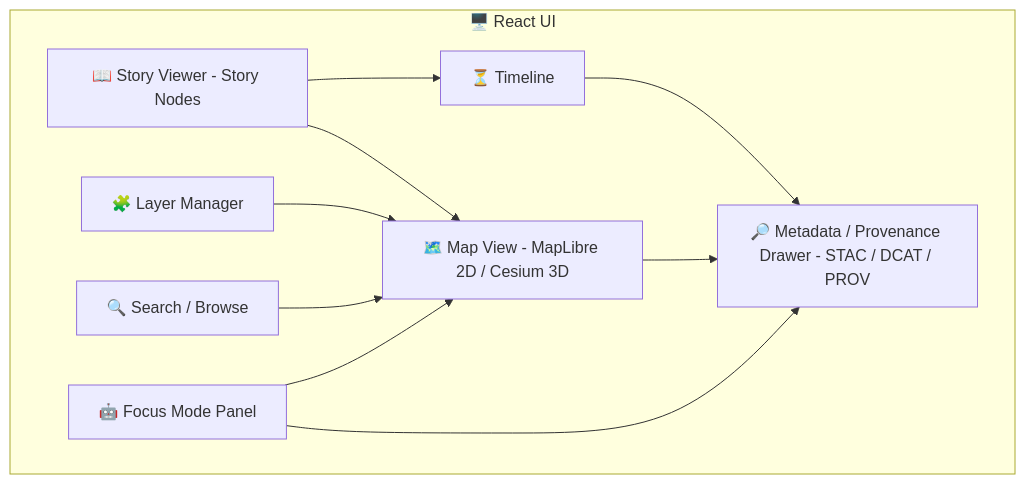
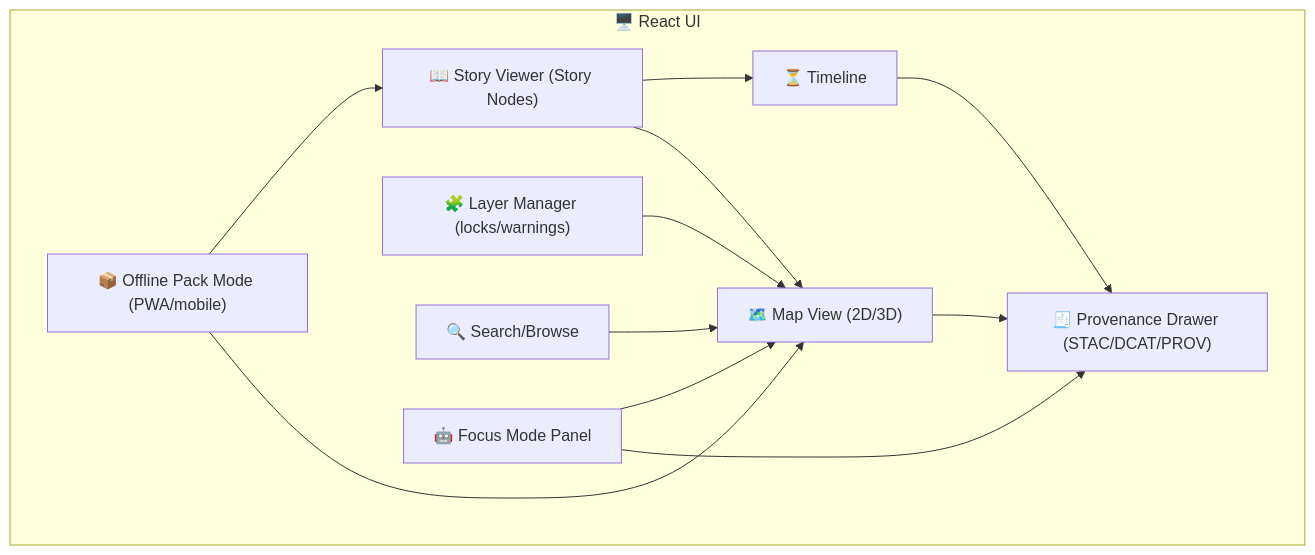
The ninth of 13 diagrams in docs/architecture/diagrams/README.md (bartytime4life/Kansas-Frontier-Matrix), drawn with Mermaid before and after one commit. The commit also changed other lines of this file, not shown here.

````diff
--- a/docs/architecture/diagrams/README.md
+++ b/docs/architecture/diagrams/README.md
@@ -407,21 +548,27 @@
 ```mermaid
 flowchart TB
   subgraph UI["🖥️ React UI"]
-    MAP["🗺️ Map View - MapLibre 2D / Cesium 3D"];
-    TIME["⏳ Timeline"];
-    STORY["📖 Story Viewer - Story Nodes"];
-    FOCUS["🤖 Focus Mode Panel"];
-    META["🔎 Metadata / Provenance Drawer - STAC / DCAT / PROV"];
-    LAYERS["🧩 Layer Manager"];
-    SEARCH["🔍 Search / Browse"];
+    MAP["🗺️ Map View (2D/3D)"]
+    TIME["⏳ Timeline"]
+    STORY["📖 Story Viewer (Story Nodes)"]
+    FOCUS["🤖 Focus Mode Panel"]
+    META["🧾 Provenance Drawer (STAC/DCAT/PROV)"]
+    LAYERS["🧩 Layer Manager (locks/warnings)"]
+    SEARCH["🔍 Search/Browse"]
+    OFF["📦 Offline Pack Mode (PWA/mobile)"]
   end
 
-  STORY --> MAP;
-  STORY --> TIME;
-  LAYERS --> MAP;
-  SEARCH --> MAP;
-  MAP --> META;
-  TIME --> META;
-  FOCUS --> META;
-  FOCUS --> MAP;
+  STORY --> MAP
+  STORY --> TIME
+
+  LAYERS --> MAP
+  SEARCH --> MAP
+
+  MAP --> META
+  TIME --> META
+  FOCUS --> META
+  FOCUS --> MAP
+
+  OFF --> MAP
+  OFF --> STORY
 ```
````
